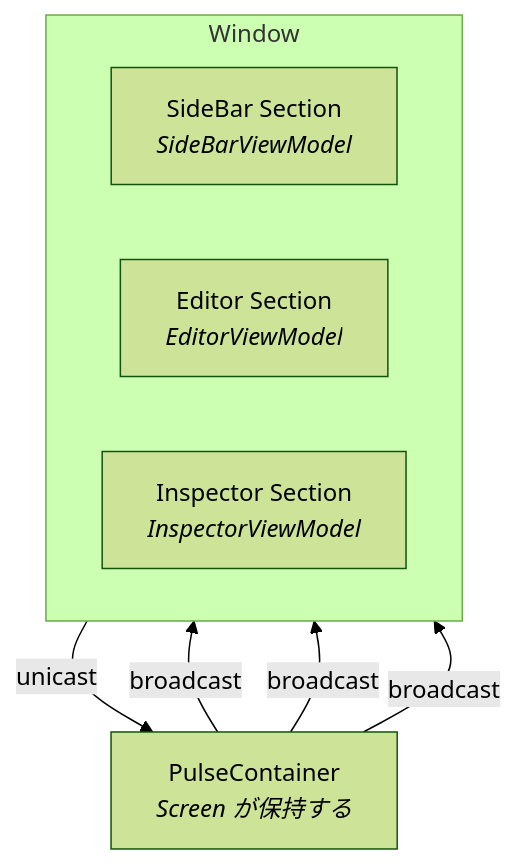
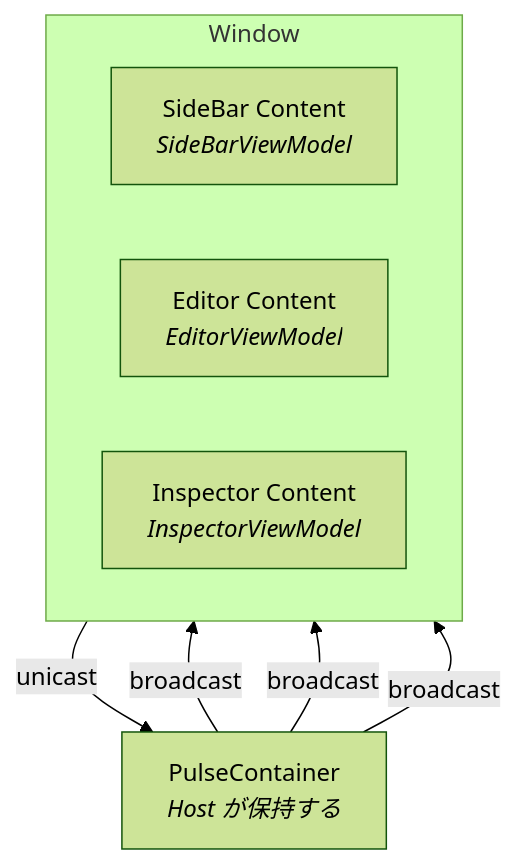
The diagram in docs/ja/guide/index.md (kaleidot725/PulseDesktop), drawn with Mermaid (forest theme) before and after one commit. The commit also changed other lines of this file and 18 other files, not shown here.

First line of the commit message:
Document the host, content, section and component layout

````diff
--- a/docs/ja/guide/index.md
+++ b/docs/ja/guide/index.md
@@ -35,14 +36,14 @@
 ```mermaid
 flowchart TB
-    PC["PulseContainer<br/><i>Screen が保持する</i>"]
+    PC["PulseContainer<br/><i>Host が保持する</i>"]
     subgraph W["Window"]
         direction LR
-        A["SideBar Section<br/><i>SideBarViewModel</i>"]
-        B["Editor Section<br/><i>EditorViewModel</i>"]
-        C["Inspector Section<br/><i>InspectorViewModel</i>"]
+        A["SideBar Content<br/><i>SideBarViewModel</i>"]
+        B["Editor Content<br/><i>EditorViewModel</i>"]
+        C["Inspector Content<br/><i>InspectorViewModel</i>"]
     end
     B -- "unicast" --> PC
     PC -- "broadcast" --> A
     PC -- "broadcast" --> B
     PC -- "broadcast" --> C
 ```
````
